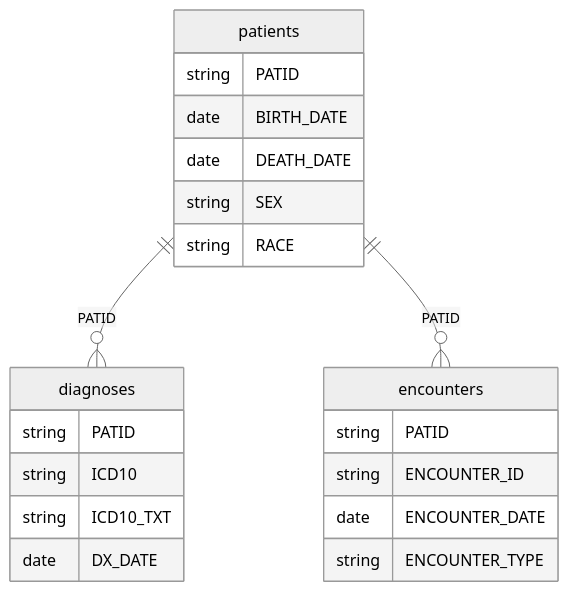
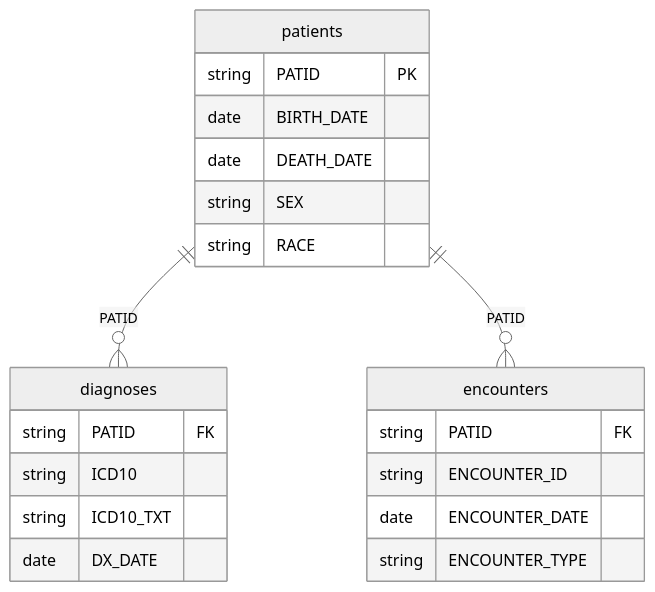
Before and after one commit to junhachang/rwe-ehr-notes: the first of 2 diagrams in posts/sql-participant-table/index.qmd, drawn with Mermaid (neutral theme). The commit also changed other lines of this file, not shown here.

````diff
--- a/posts/sql-participant-table/index.qmd
+++ b/posts/sql-participant-table/index.qmd
@@ -87,27 +71,27 @@
 ```{mermaid}
 erDiagram
-    patients ||--o{ diagnoses : "PATID"
-    patients ||--o{ encounters : "PATID"
+    patients ||--o{ diagnoses : PATID
+    patients ||--o{ encounters : PATID
 
     patients {
-        string PATID
+        string PATID PK
         date BIRTH_DATE
         date DEATH_DATE
         string SEX
         string RACE
     }
 
     diagnoses {
-        string PATID
+        string PATID FK
         string ICD10
         string ICD10_TXT
         date DX_DATE
     }
 
     encounters {
-        string PATID
+        string PATID FK
         string ENCOUNTER_ID
         date ENCOUNTER_DATE
         string ENCOUNTER_TYPE
     }
 ```
````
